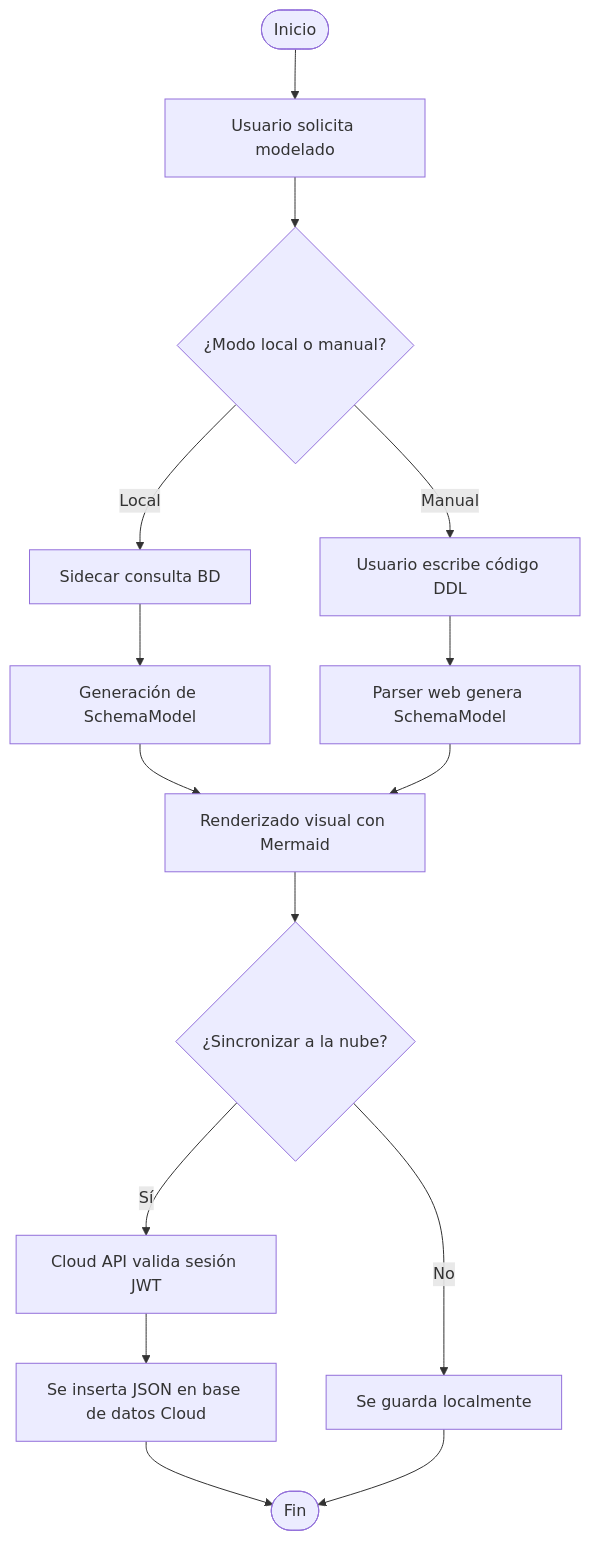
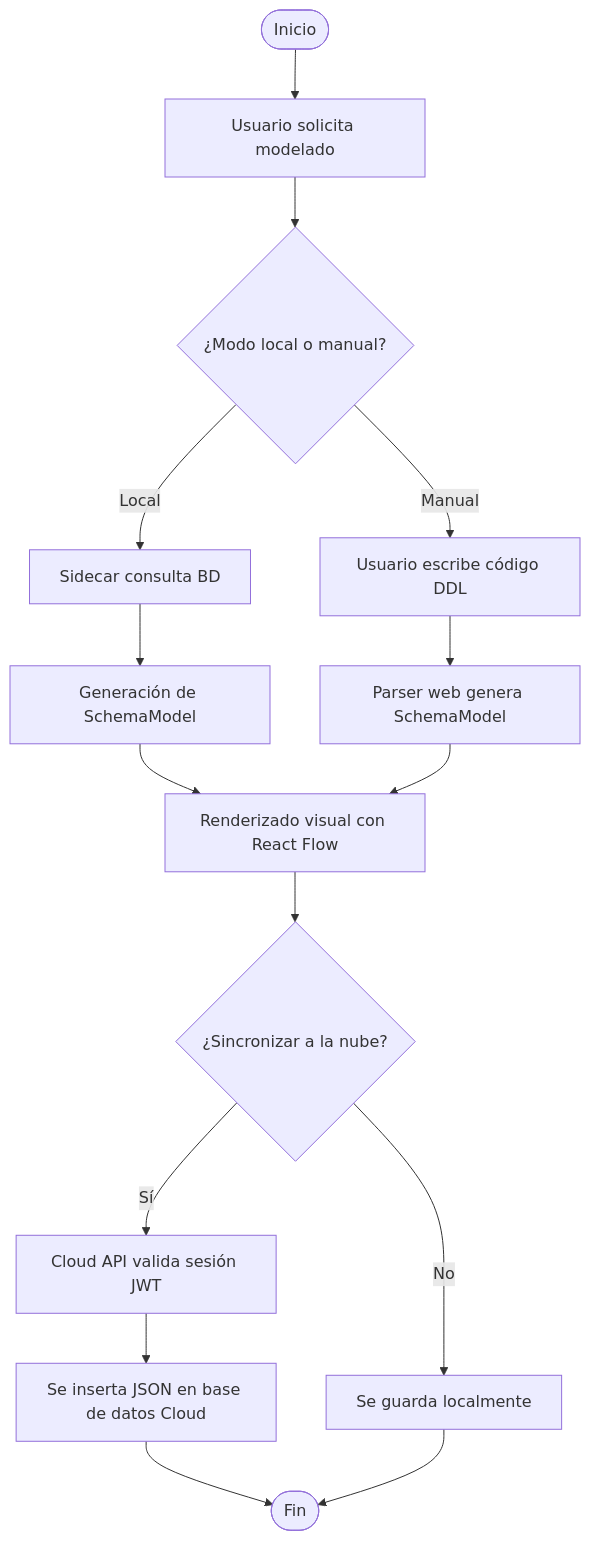
One commit to UPT-FAING-EPIS/proyecto-si783-2026-i-u3-generador_diagramas_bd changed the tenth of 12 diagrams in docs/formatos/FD04-Informe-Arquitectura-Software.md. Above: the diagram before and after it, drawn with Mermaid. The commit also changed other lines of this file and 6 other files, not shown here.

````diff
--- a/docs/formatos/FD04-Informe-Arquitectura-Software.md
+++ b/docs/formatos/FD04-Informe-Arquitectura-Software.md
@@ -548,17 +548,17 @@
 ```mermaid
 flowchart TD
     A(["Inicio"]) --> B["Usuario solicita modelado"]
     B --> C{"¿Modo local o manual?"}
     C -- "Local" --> D["Sidecar consulta BD"]
     D --> E["Generación de SchemaModel"]
     C -- "Manual" --> F["Usuario escribe código DDL"]
     F --> G["Parser web genera SchemaModel"]
-    E --> H["Renderizado visual con Mermaid"]
+    E --> H["Renderizado visual con React Flow"]
     G --> H
     H --> I{"¿Sincronizar a la nube?"}
     I -- "Sí" --> J["Cloud API valida sesión JWT"]
     J --> K["Se inserta JSON en base de datos Cloud"]
     I -- "No" --> L["Se guarda localmente"]
     K --> M(["Fin"])
     L --> M
 ```
````
